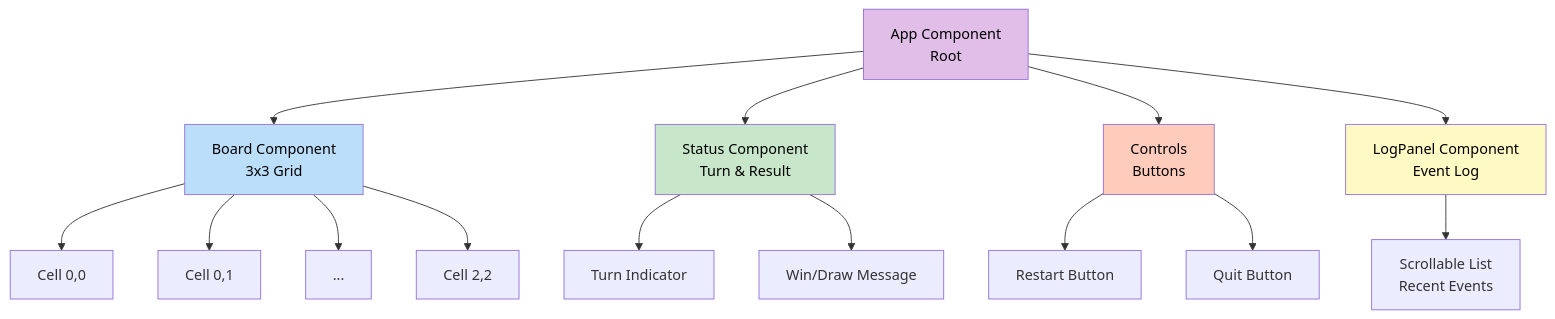
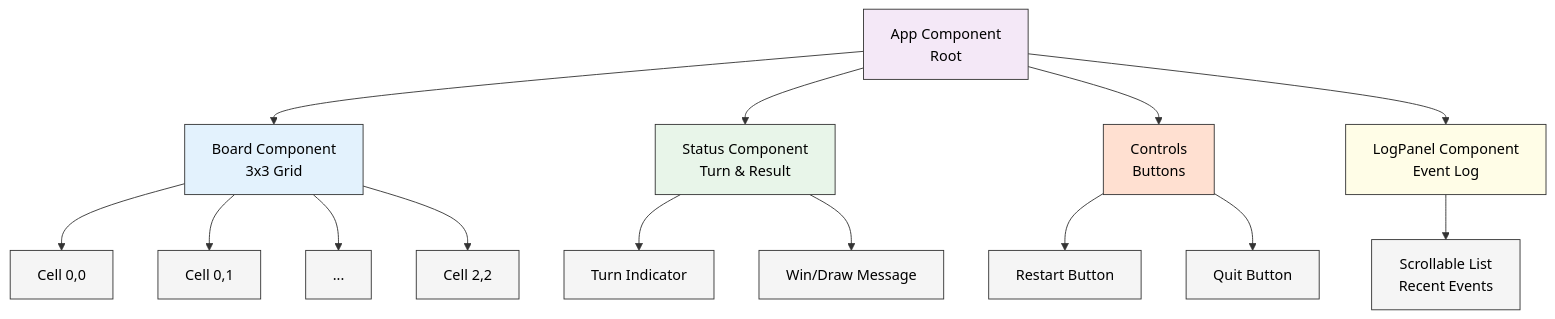
One commit to sw-game-dev/game-mcp-poc changed the second of 5 diagrams in wiki/Frontend-Architecture.md. Above: the diagram before and after it, drawn with Mermaid. The commit also changed other lines of this file and 6 other files, not shown here.

First line of the commit message:
fix: Improve mermaid diagram contrast with theme and lighter colors

````diff
--- a/wiki/Frontend-Architecture.md
+++ b/wiki/Frontend-Architecture.md
@@ -82,28 +83,29 @@
 ```mermaid
+%%{init: {'theme':'base', 'themeVariables': {'primaryColor':'#f5f5f5','primaryTextColor':'#000','primaryBorderColor':'#333','lineColor':'#333','secondaryColor':'#f5f5f5','tertiaryColor':'#f5f5f5'}}}%%
 graph TB
     App[App Component<br/>Root]
 
     App --> Board[Board Component<br/>3x3 Grid]
     App --> Status[Status Component<br/>Turn & Result]
     App --> Controls[Controls<br/>Buttons]
     App --> LogPanel[LogPanel Component<br/>Event Log]
 
     Board --> Cell0[Cell 0,0]
     Board --> Cell1[Cell 0,1]
     Board --> CellN[...]
     Board --> Cell8[Cell 2,2]
 
     Status --> TurnDisplay[Turn Indicator]
     Status --> WinDisplay[Win/Draw Message]
 
     Controls --> RestartBtn[Restart Button]
     Controls --> QuitBtn[Quit Button]
 
     LogPanel --> LogScroll[Scrollable List<br/>Recent Events]
 
-    style App fill:#e1bee7,color:#000
-    style Board fill:#bbdefb,color:#000
-    style Status fill:#c8e6c9,color:#000
-    style Controls fill:#ffccbc,color:#000
-    style LogPanel fill:#fff9c4,color:#000
+    style App fill:#f4e8f7,color:#000
+    style Board fill:#e3f2fd,color:#000
+    style Status fill:#e8f5e9,color:#000
+    style Controls fill:#ffe0d1,color:#000
+    style LogPanel fill:#fffde7,color:#000
 ```
````
